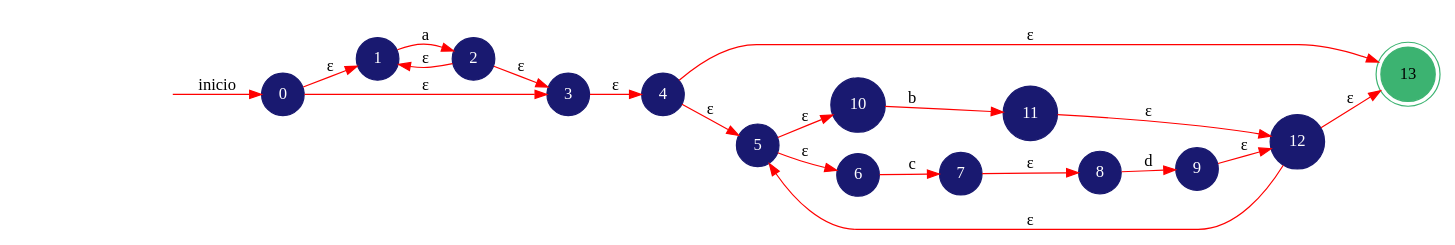
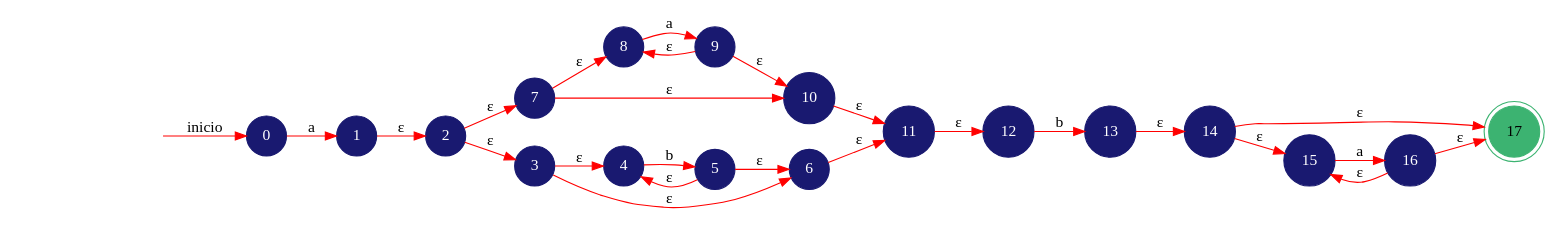
Before and after one commit to fcpauldiaz-archive/Automata: the diagram in GeneracionAutomatas/DOT/AFN.dot, drawn with Graphviz. The commit also changed 26 other files, not shown here.

```diff
--- a/GeneracionAutomatas/DOT/AFN.dot
+++ b/GeneracionAutomatas/DOT/AFN.dot
@@ -1,28 +1,34 @@
 digraph automata_finito {
 	rankdir=LR;
-	size="14,5"
-	node [shape=doublecircle, style = filled,color = mediumseagreen]; 13;
+	size="15,5"
+	node [shape=doublecircle, style = filled,color = mediumseagreen]; 17;
 	node [shape=circle];
 	node [color=midnightblue,fontcolor=white];
 	edge [color=red];
 	 secret_node [style=invis];
 	secret_node -> 0 [label="inicio"];
-	0 -> 1 [label="ε"];
-	0 -> 3 [label="ε"];
-	1 -> 2 [label="a"];
-	2 -> 1 [label="ε"];
+	0 -> 1 [label="a"];
+	1 -> 2 [label="ε"];
+	2 -> 7 [label="ε"];
 	2 -> 3 [label="ε"];
 	3 -> 4 [label="ε"];
-	4 -> 5 [label="ε"];
-	4 -> 13 [label="ε"];
-	5 -> 10 [label="ε"];
+	3 -> 6 [label="ε"];
+	4 -> 5 [label="b"];
+	5 -> 4 [label="ε"];
 	5 -> 6 [label="ε"];
-	6 -> 7 [label="c"];
+	6 -> 11 [label="ε"];
 	7 -> 8 [label="ε"];
-	8 -> 9 [label="d"];
-	9 -> 12 [label="ε"];
-	10 -> 11 [label="b"];
+	7 -> 10 [label="ε"];
+	8 -> 9 [label="a"];
+	9 -> 8 [label="ε"];
+	9 -> 10 [label="ε"];
+	10 -> 11 [label="ε"];
 	11 -> 12 [label="ε"];
-	12 -> 5 [label="ε"];
-	12 -> 13 [label="ε"];
+	12 -> 13 [label="b"];
+	13 -> 14 [label="ε"];
+	14 -> 15 [label="ε"];
+	14 -> 17 [label="ε"];
+	15 -> 16 [label="a"];
+	16 -> 15 [label="ε"];
+	16 -> 17 [label="ε"];
 }
```
